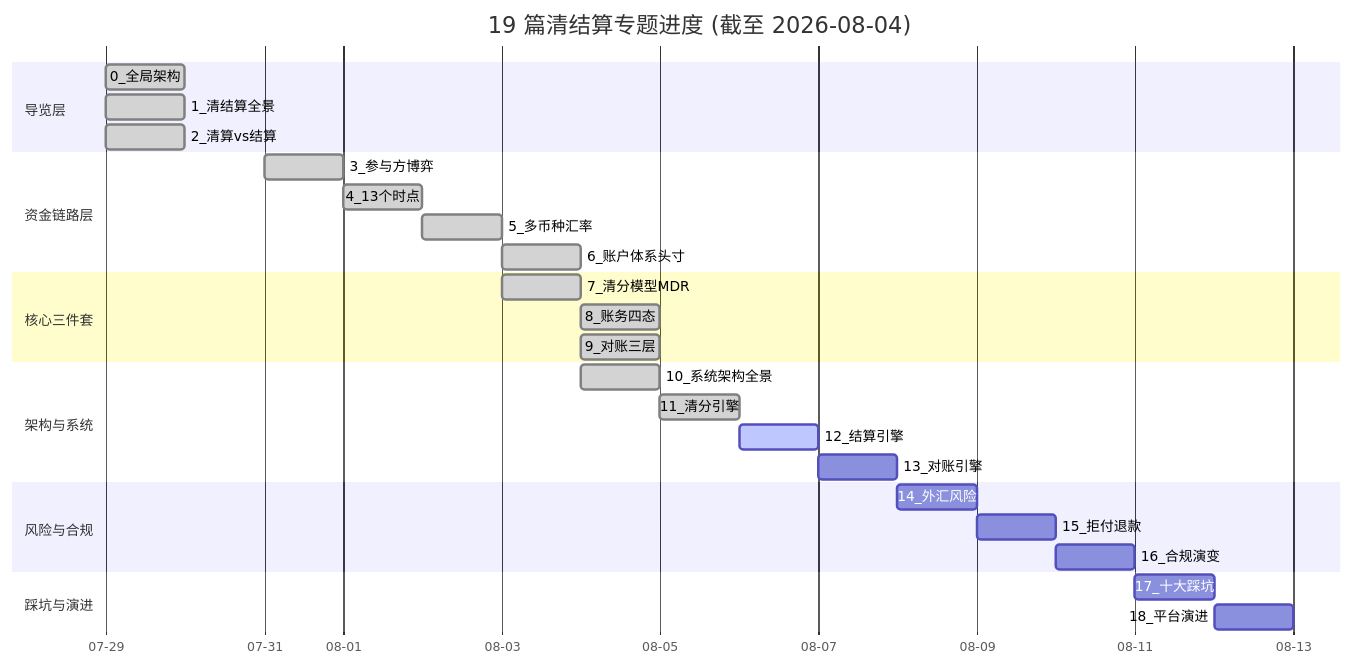
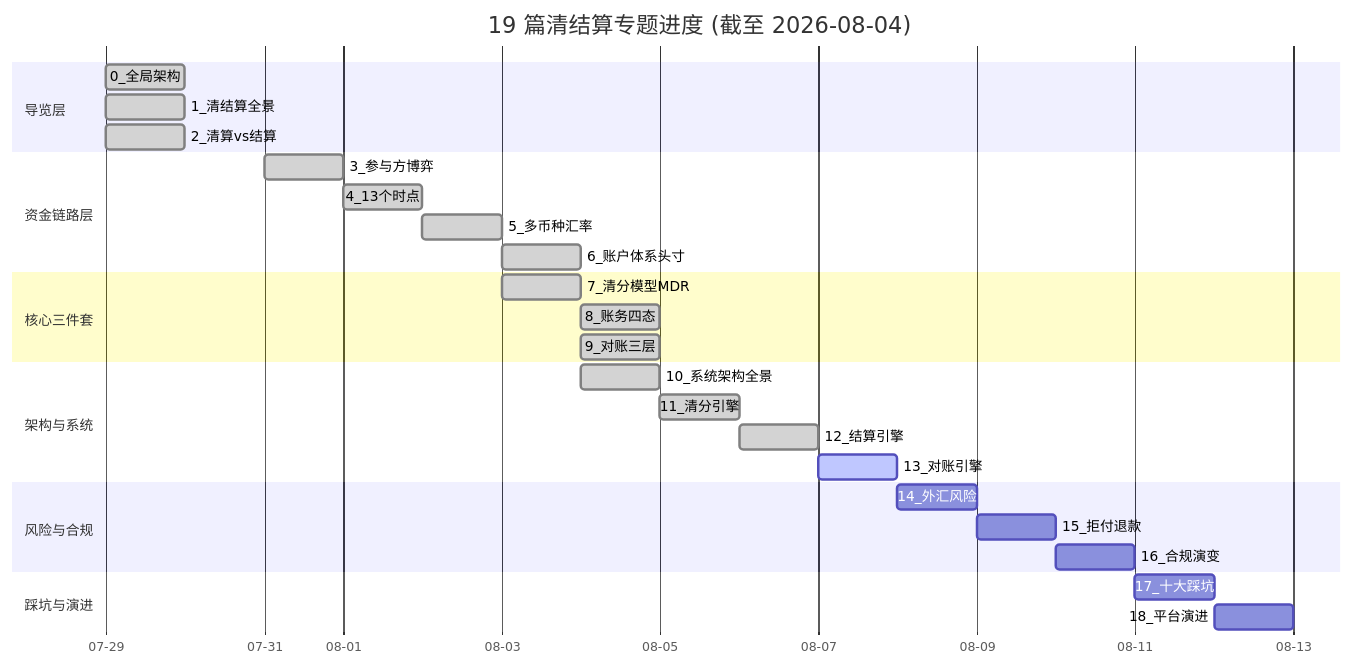
One commit to xiaobo1997/programmer-knowledge-graph changed the second of 2 diagrams in docs/biz/跨境支付/清结算体系/PROGRESS.md. Above: the diagram before and after it, drawn with Mermaid. The commit also changed other lines of this file and 4 other files, not shown here.

````diff
--- a/docs/biz/跨境支付/清结算体系/PROGRESS.md
+++ b/docs/biz/跨境支付/清结算体系/PROGRESS.md
@@ -171,37 +172,37 @@
 ```mermaid
 gantt
     title 19 篇清结算专题进度 (截至 2026-08-04)
     dateFormat  YYYY-MM-DD
     axisFormat  %m-%d
 
     section 导览层
     0_全局架构           :done,    0-0, 2026-07-29, 1d
     1_清结算全景         :done,    0-1, 2026-07-29, 1d
     2_清算vs结算         :done,    0-2, 2026-07-29, 1d
 
     section 资金链路层
     3_参与方博弈         :done,    1-3, 2026-07-31, 1d
     4_13个时点           :done,    1-4, 2026-08-01, 1d
     5_多币种汇率         :done,    1-5, 2026-08-02, 1d
     6_账户体系头寸       :done,    1-6, 2026-08-03, 1d
 
     section 核心三件套
     7_清分模型MDR        :done,    2-7, 2026-08-03, 1d
     8_账务四态           :done,    2-8, 2026-08-04, 1d
     9_对账三层           :done,    2-9, 2026-08-04, 1d
 
     section 架构与系统
     10_系统架构全景       :done,    3-10, 2026-08-04, 1d
     11_清分引擎          :done,    3-11, 2026-08-05, 1d
-    12_结算引擎          :active,  3-12, 2026-08-06, 1d
-    13_对账引擎          :         3-13, after 3-12, 1d
+    12_结算引擎          :done,    3-12, 2026-08-06, 1d
+    13_对账引擎          :active,  3-13, 2026-08-07, 1d
 
     section 风险与合规
     14_外汇风险          :         4-14, after 3-13, 1d
     15_拒付退款          :         4-15, after 4-14, 1d
     16_合规演变          :         4-16, after 4-15, 1d
 
     section 踩坑与演进
     17_十大踩坑          :         5-17, after 4-16, 1d
     18_平台演进          :         5-18, after 5-17, 1d
 ```
````
